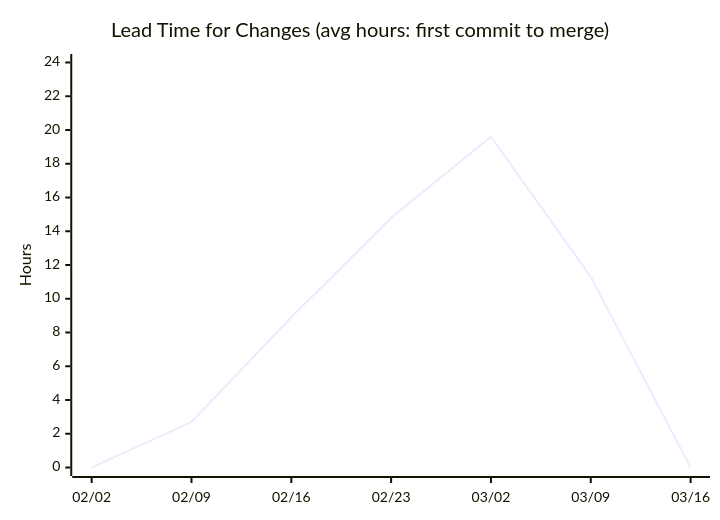
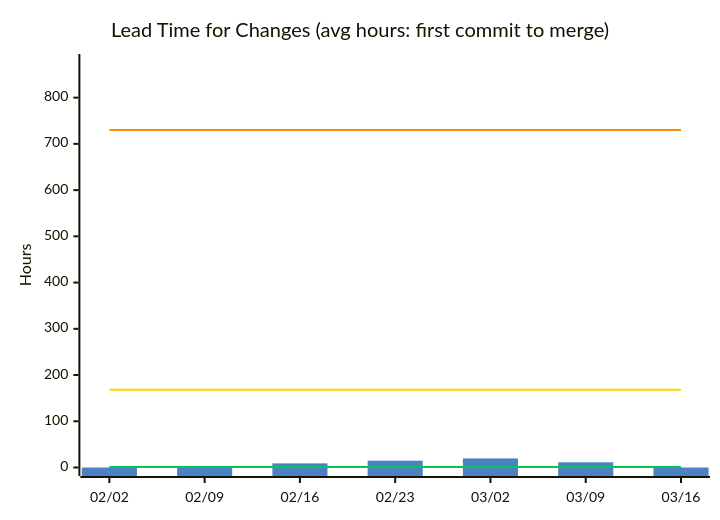
One commit to nablarch/nabledge-dev changed the second of 14 diagrams in docs/metrics.md. Above: the diagram before and after it, drawn with Mermaid. The commit also changed other lines of this file, not shown here.

````diff
--- a/docs/metrics.md
+++ b/docs/metrics.md
@@ -50,7 +49,11 @@
 ```mermaid
+%%{init: {'theme': 'base', 'themeVariables': {'xyChart': {'plotColorPalette': '#4C82C3,#00C853,#FFD600,#FF8C00'}}}}%%
 xychart-beta
   title "Lead Time for Changes (avg hours: first commit to merge)"
   x-axis ["02/02", "02/09", "02/16", "02/23", "03/02", "03/09", "03/16"]
-  y-axis "Hours" 0 --> 24
-  line [0, 2.7, 8.9, 14.8, 19.6, 11.3, 0]
+  y-axis "Hours" 0 --> 876
+  bar [0, 2.7, 8.9, 14.8, 19.6, 11.3, 0]
+  line [1, 1, 1, 1, 1, 1, 1]
+  line [168, 168, 168, 168, 168, 168, 168]
+  line [730, 730, 730, 730, 730, 730, 730]
 ```
````
